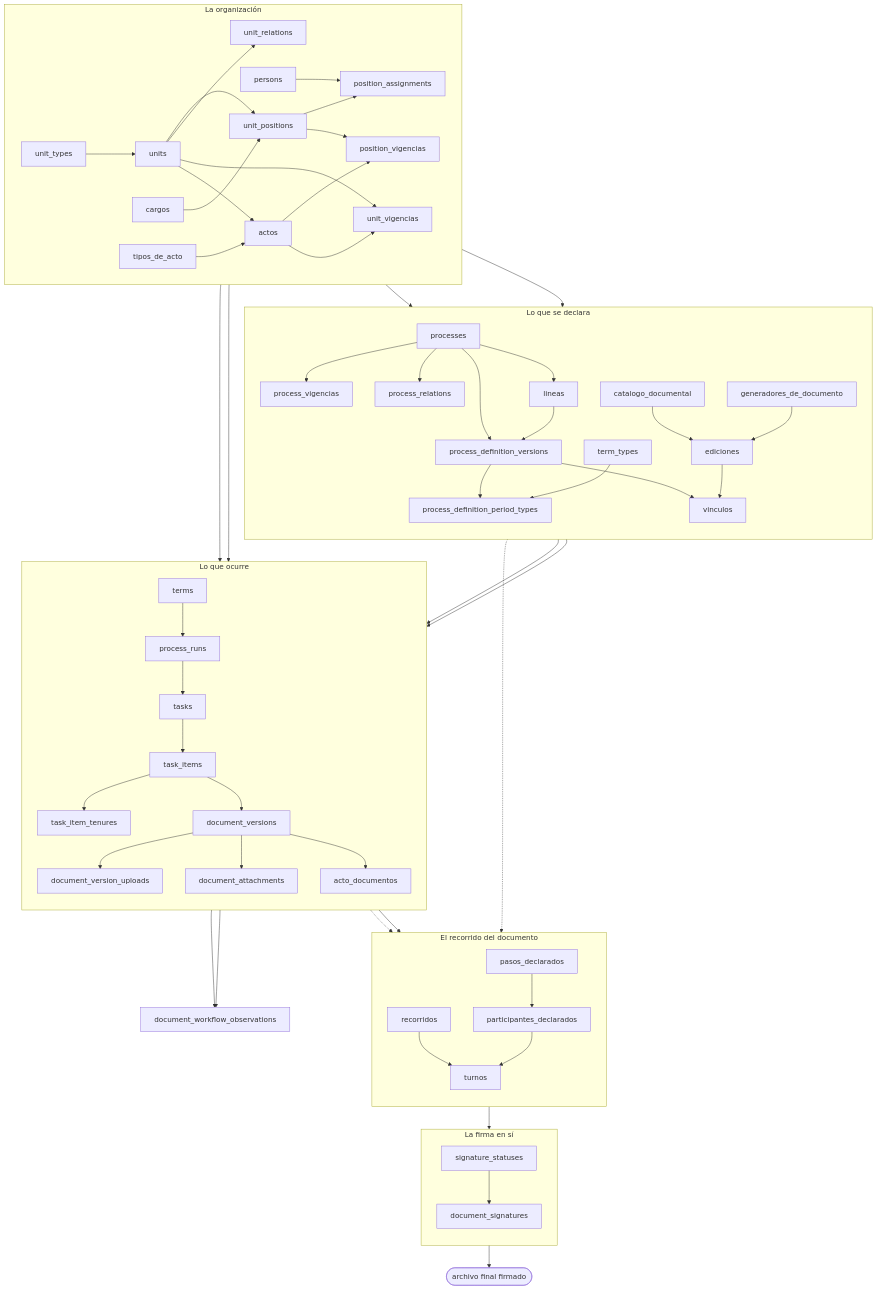
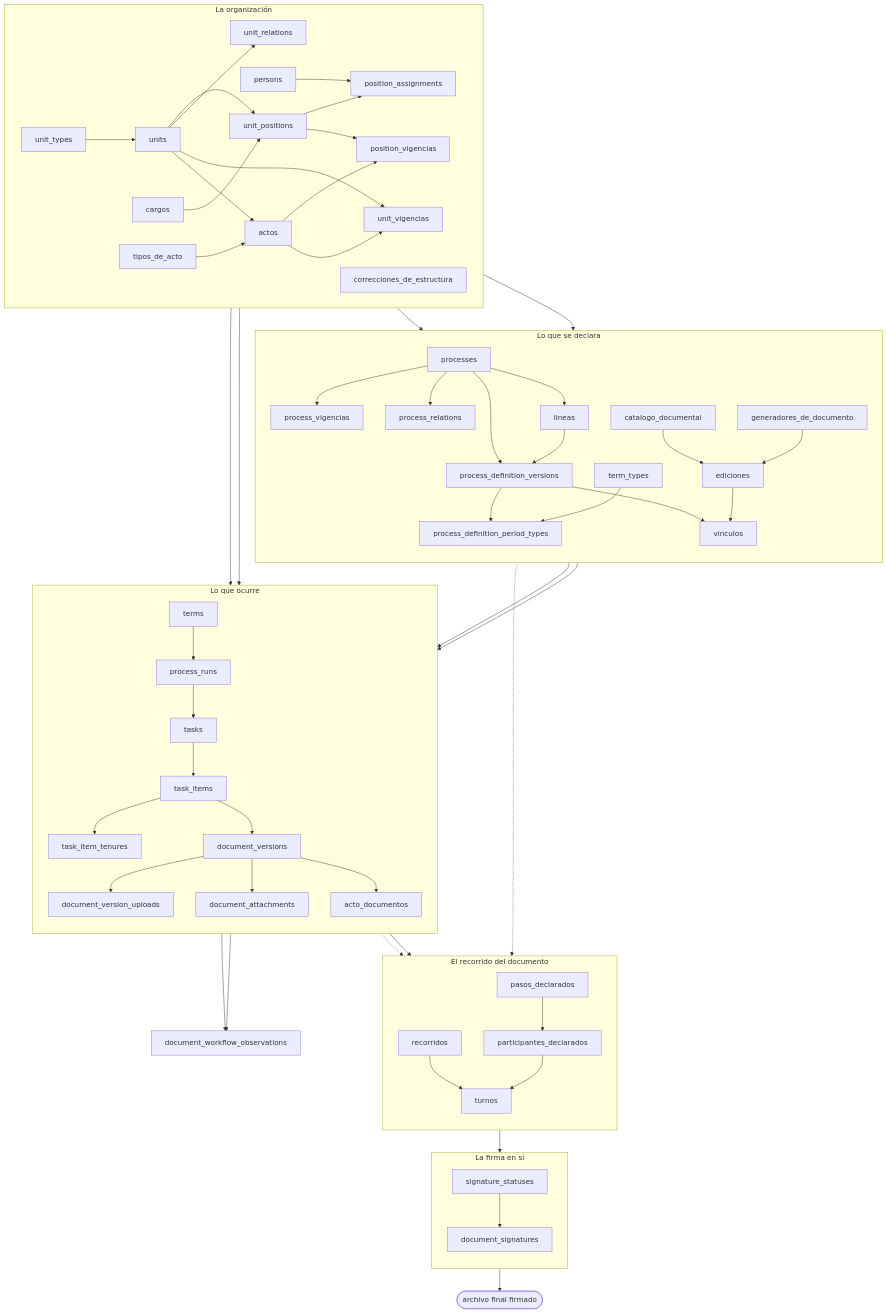
Before and after one commit to fresvel/deasy: the diagram in docs/src/content/docs/modelo/mapa-completo.md, drawn with Mermaid. The commit also changed other lines of this file and 42 other files, not shown here.

````diff
--- a/docs/src/content/docs/modelo/mapa-completo.md
+++ b/docs/src/content/docs/modelo/mapa-completo.md
@@ -22,72 +22,73 @@
 ```mermaid
 flowchart TB
   subgraph ORG["La organización"]
     direction LR
     UT["unit_types"] --> U["units"]
     U --> UP["unit_positions"]
     C["cargos"] --> UP
     UP --> PA["position_assignments"]
     P["persons"] --> PA
     U --> UR["unit_relations"]
     U --> UV["unit_vigencias"]
+    CORR["correcciones_de_estructura"]
     UP --> PVG["position_vigencias"]
     ACT --> PVG
     TDA["tipos_de_acto"] --> ACT["actos"]
     U --> ACT
     ACT --> UV
   end
 
   subgraph DECL["Lo que se declara"]
     direction TB
     PR["processes"] --> PDV["process_definition_versions"]
     PR --> PV["process_vigencias"]
     PR --> PREL["process_relations"]
     ACT --> PREL
     ACT --> PV
     PR --> LIN["lineas"]
     LIN --> PDV
     PDV --> PDPT["process_definition_period_types"]
     TT["term_types"] --> PDPT
     DEL["catalogo_documental"] --> TA["ediciones"]
     GEN["generadores_de_documento"] --> TA
     PDV --> PDT["vinculos"]
     TA --> PDT
   end
 
   subgraph EJEC["Lo que ocurre"]
     direction TB
     PDV --> RUN["process_runs"]
     TERM["terms"] --> RUN
     RUN --> T["tasks"]
     T --> TI["task_items"]
     PDT --> TI
     UP --> TI
     TI --> TEN["task_item_tenures"]
     TI --> DV["document_versions"]
     DV --> DVU["document_version_uploads"]
     DV --> DA["document_attachments"]
     DV --> AD["acto_documentos"]
   end
 
   ACT --> AD
 
   subgraph REC["El recorrido del documento"]
     direction TB
     PASO["pasos_declarados"] --> PART["participantes_declarados"]
     RECO["recorridos"] --> TUR["turnos"]
     PART --> TUR
   end
 
   subgraph FIR["La firma en sí"]
     direction TB
     TUR --> DS["document_signatures"]
     SS["signature_statuses"] --> DS
   end
 
   TA -.-> PASO
   TI -.-> PASO
   DV --> RECO
   DS --> FIN(["archivo final firmado"])
   TI --> OBS["document_workflow_observations"]
   DV --> OBS
 ```
````
